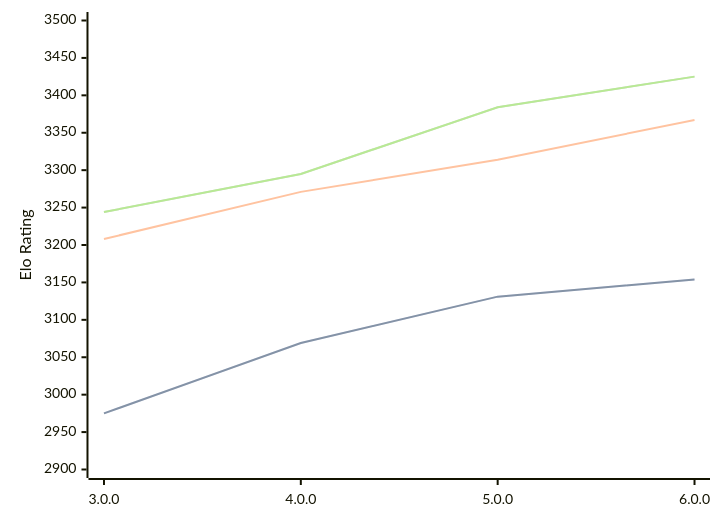
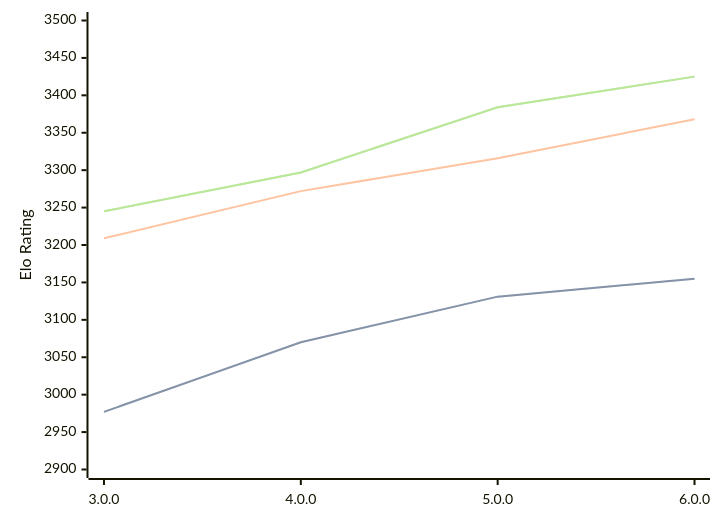
The diagram in engines/Minke.md (computer-chess-index/cci), drawn with Mermaid before and after one commit. The commit also changed other lines of this file, not shown here.

Commit message:
Update CCI Ratings (ELO VLTC) - 2026-08-26

````diff
--- a/engines/Minke.md
+++ b/engines/Minke.md
@@ -34,11 +34,11 @@
 ```mermaid
 %%{init: {"theme":"base","themeVariables":{"seriesColors:['#a3a3a3','#222221','#faa371']}}}%%
 xychart-beta
   x-axis ["3.0.0", "4.0.0", "5.0.0", "6.0.0"]
   y-axis "Elo Rating" 2900 --> 3500
-  line "STC (8.0+0.08s)" [2975, 3069, 3131, 3154]
-  line "STC (8.0+0.08s)" [2975, 3069, 3131, 3154]
-  line "LTC (60.0+0.60s)" [3208, 3271, 3314, 3367]
-  line "VLTC (2m24s+1.12s)" [3244, 3295, 3384, 3425]
-  line "VLTC (2m24s+1.12s)" [3244, 3295, 3384, 3425]
+  line "STC (8.0+0.08s)" [2977, 3070, 3131, 3155]
+  line "STC (8.0+0.08s)" [2977, 3070, 3131, 3155]
+  line "LTC (60.0+0.60s)" [3209, 3272, 3316, 3368]
+  line "VLTC (2m24s+1.12s)" [3245, 3297, 3384, 3425]
+  line "VLTC (2m24s+1.12s)" [3245, 3297, 3384, 3425]
 ```
````
